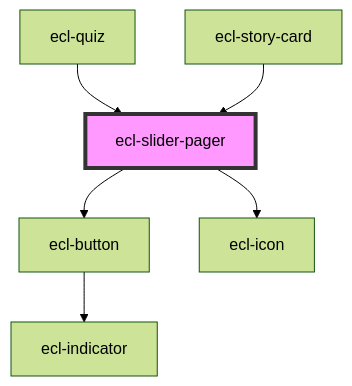
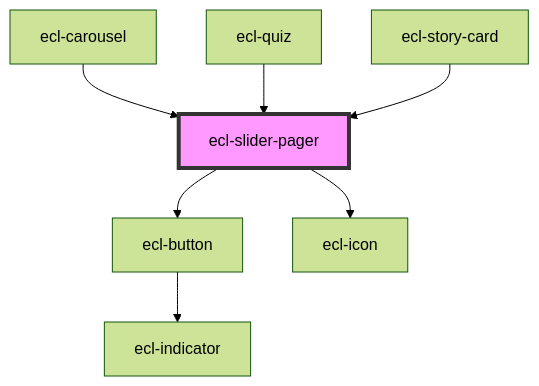
One commit to ec-europa/ecl-webcomponents changed the diagram in src/components/ecl-slider/readme.md. Above: the diagram before and after it, drawn with Mermaid (forest theme). The commit also changed other lines of this file and 19 other files, not shown here.

Commit message:
feat(ECL-5.3.0): New carousel

````diff
--- a/src/components/ecl-slider/readme.md
+++ b/src/components/ecl-slider/readme.md
@@ -49,9 +50,10 @@
 ```mermaid
 graph TD;
   ecl-slider-pager --> ecl-button
   ecl-slider-pager --> ecl-icon
   ecl-button --> ecl-indicator
+  ecl-carousel --> ecl-slider-pager
   ecl-quiz --> ecl-slider-pager
   ecl-story-card --> ecl-slider-pager
   style ecl-slider-pager fill:#f9f,stroke:#333,stroke-width:4px
 ```
````
